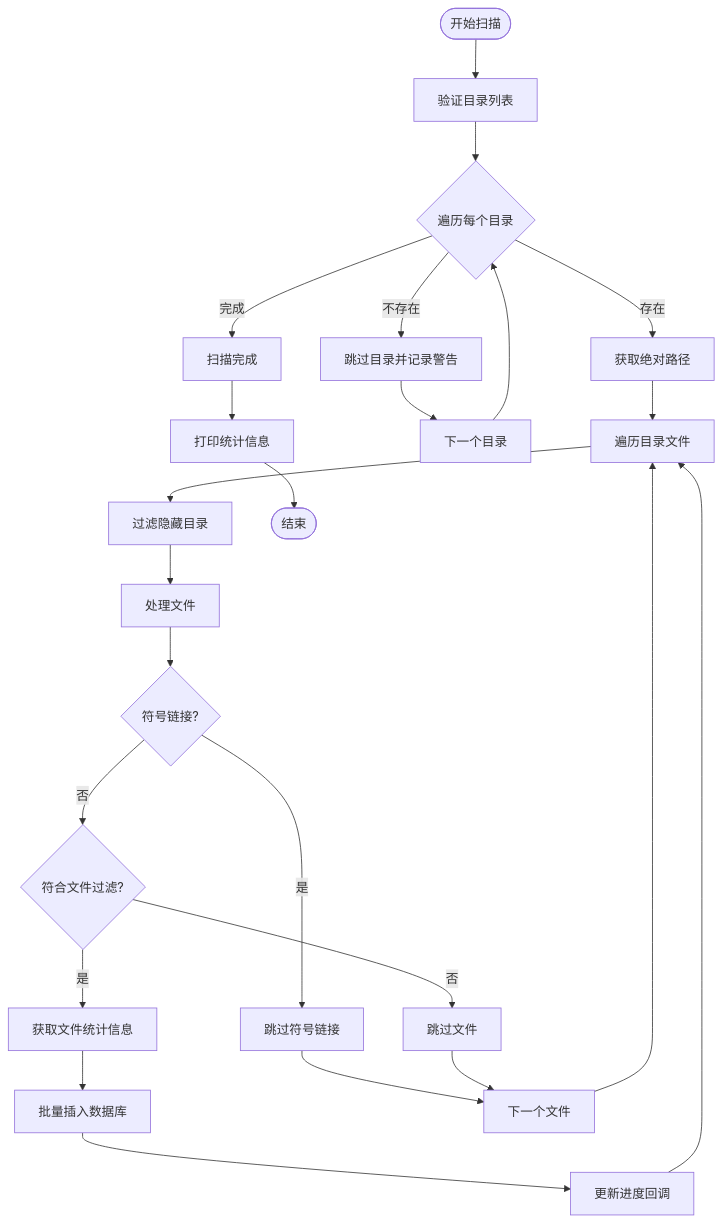
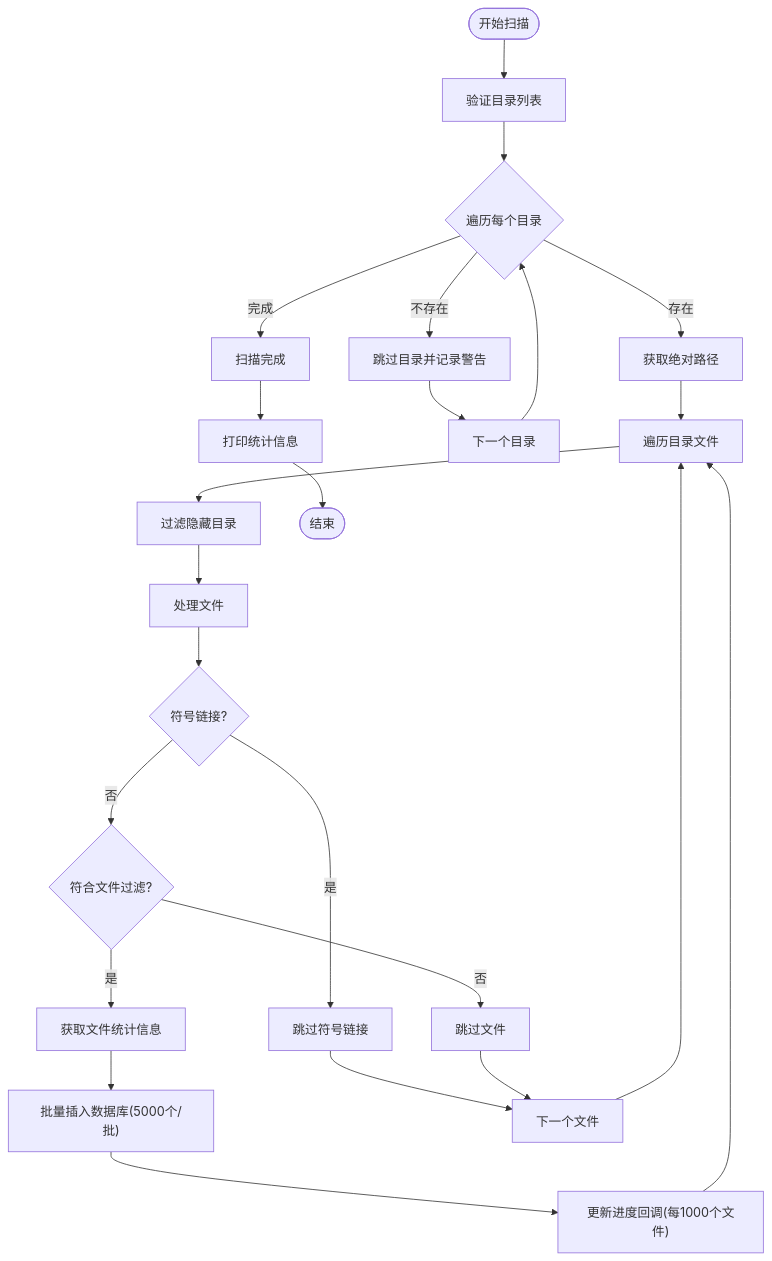
One commit to Xxy15021337046/duplicate-file-finder changed the third of 6 diagrams in .qoder/repowiki/zh/content/API参考文档/DuplicateFinder类API.md. Above: the diagram before and after it, drawn with Mermaid. The commit also changed other lines of this file and 27 other files, not shown here.

````diff
--- a/.qoder/repowiki/zh/content/API参考文档/DuplicateFinder类API.md
+++ b/.qoder/repowiki/zh/content/API参考文档/DuplicateFinder类API.md
@@ -165,26 +183,26 @@
 ```mermaid
 flowchart TD
 Start([开始扫描]) --> ValidateDirs["验证目录列表"]
 ValidateDirs --> LoopDirs{"遍历每个目录"}
 LoopDirs --> |存在| AbsPath["获取绝对路径"]
 LoopDirs --> |不存在| SkipDir["跳过目录并记录警告"]
 AbsPath --> WalkFiles["遍历目录文件"]
 WalkFiles --> FilterHidden["过滤隐藏目录"]
 FilterHidden --> ProcessFile["处理文件"]
 ProcessFile --> CheckLink{"符号链接?"}
 CheckLink --> |是| SkipLink["跳过符号链接"]
 CheckLink --> |否| CheckFilter{"符合文件过滤?"}
 CheckFilter --> |否| SkipFilter["跳过文件"]
 CheckFilter --> |是| GetStats["获取文件统计信息"]
-GetStats --> BatchInsert["批量插入数据库"]
-BatchInsert --> UpdateProgress["更新进度回调"]
+GetStats --> BatchInsert["批量插入数据库(5000个/批)"]
+BatchInsert --> UpdateProgress["更新进度回调(每1000个文件)"]
 SkipLink --> NextFile["下一个文件"]
 SkipFilter --> NextFile
 SkipDir --> NextDir["下一个目录"]
 NextFile --> WalkFiles
 UpdateProgress --> WalkFiles
 NextDir --> LoopDirs
 LoopDirs --> |完成| Complete["扫描完成"]
 Complete --> Stats["打印统计信息"]
 Stats --> End([结束])
 ```
````
